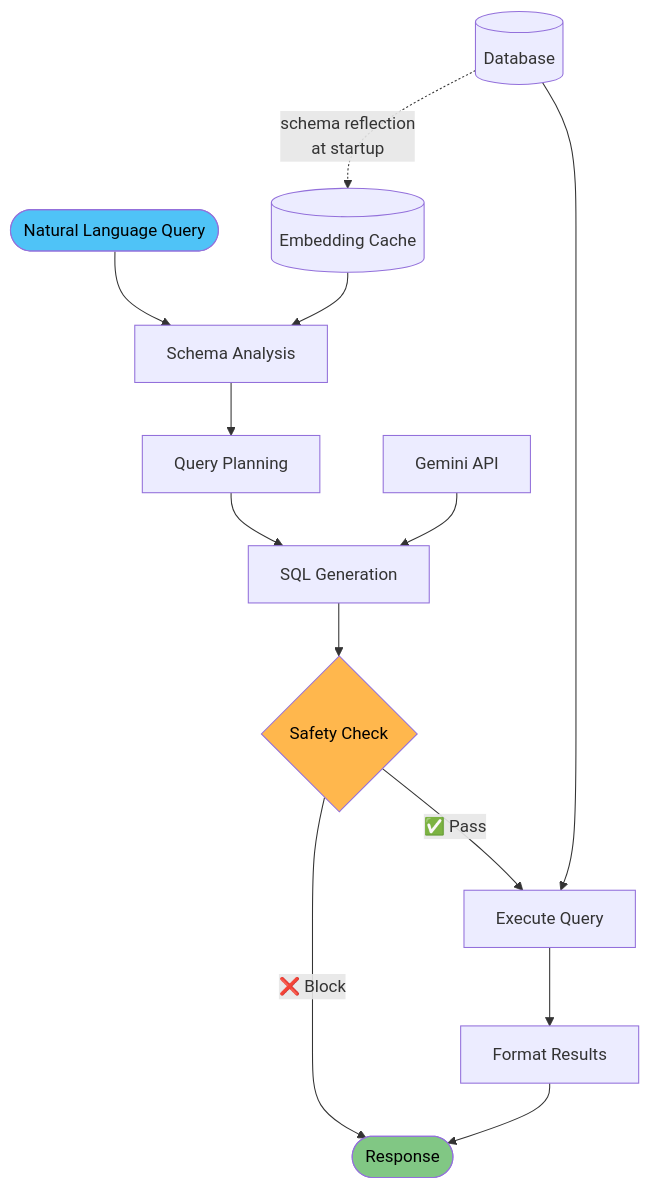
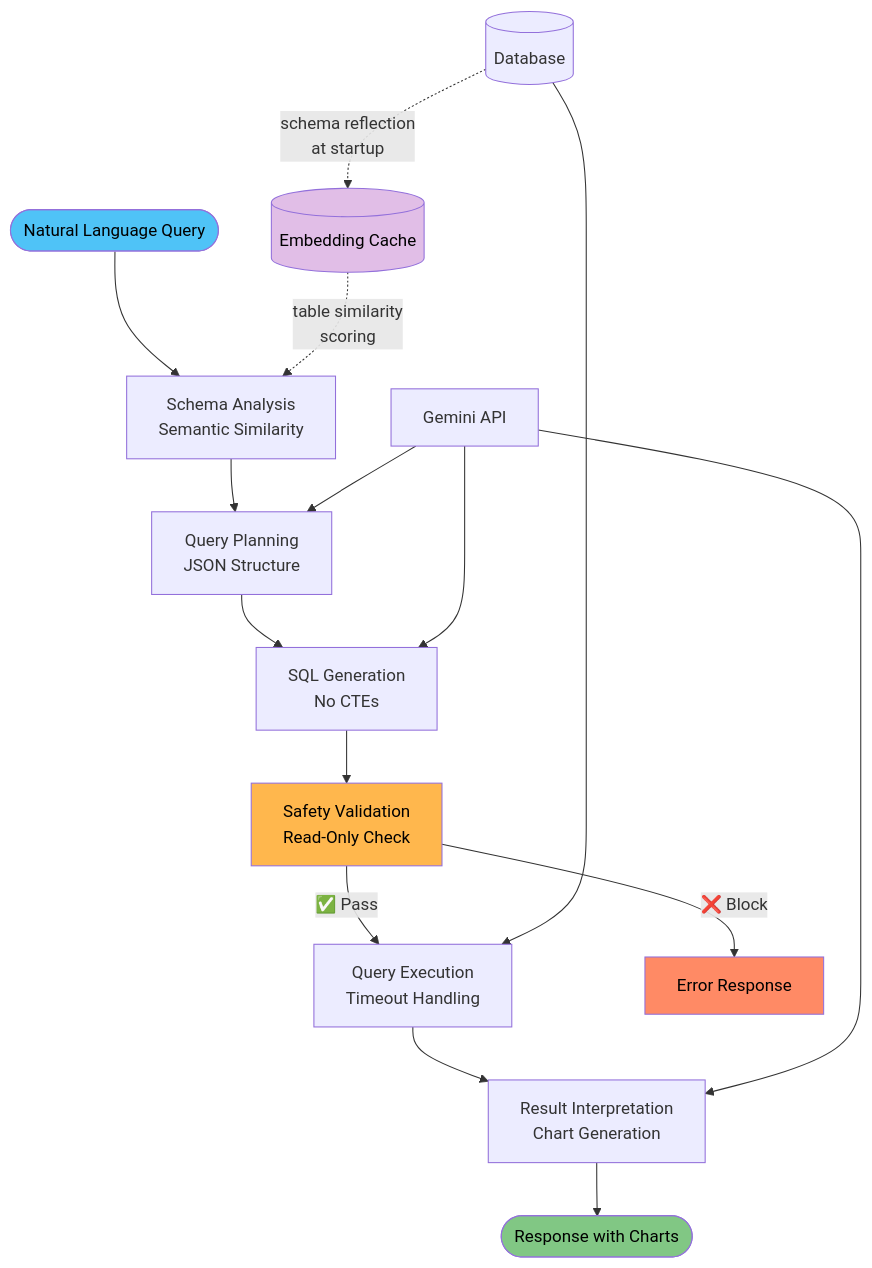
One commit to keo571/netquery changed the diagram in README.md. Above: the diagram before and after it, drawn with Mermaid. The commit also changed other lines of this file and 25 other files, not shown here.

````diff
--- a/README.md
+++ b/README.md
@@ -7,20 +7,24 @@
 ```mermaid
 flowchart TD
-    A([Natural Language Query]) --> B[Schema Analysis]
-    B --> C[Query Planning] 
-    C --> D[SQL Generation]
-    D --> E{Safety Check}
-    E -->|✅ Pass| F[Execute Query]
-    E -->|❌ Block| H
-    F --> G[Format Results]
-    G --> H([Response])
-    
+    A([Natural Language Query]) --> B[Schema Analysis<br/>Semantic Similarity]
+    B --> C[Query Planning<br/>JSON Structure]
+    C --> D[SQL Generation<br/>No CTEs]
+    D --> E[Safety Validation<br/>Read-Only Check]
+    E -->|✅ Pass| F[Query Execution<br/>Timeout Handling]
+    E -->|❌ Block| I[Error Response]
+    F --> G[Result Interpretation<br/>Chart Generation]
+    G --> H([Response with Charts])
+
     DB[(Database)] -.->|schema reflection<br/>at startup| CACHE
-    CACHE[(Embedding Cache)] --> B
-    LLM[Gemini API] --> D
+    CACHE[(Embedding Cache)] -.->|table similarity<br/>scoring| B
+    LLM[Gemini API] --> C
+    LLM --> D
+    LLM --> G
     DB --> F
-    
+
     style A fill:#4FC3F7,color:#000
     style H fill:#81C784,color:#000
+    style I fill:#FF8A65,color:#000
     style E fill:#FFB74D,color:#000
+    style CACHE fill:#E1BEE7,color:#000
 ```
````
